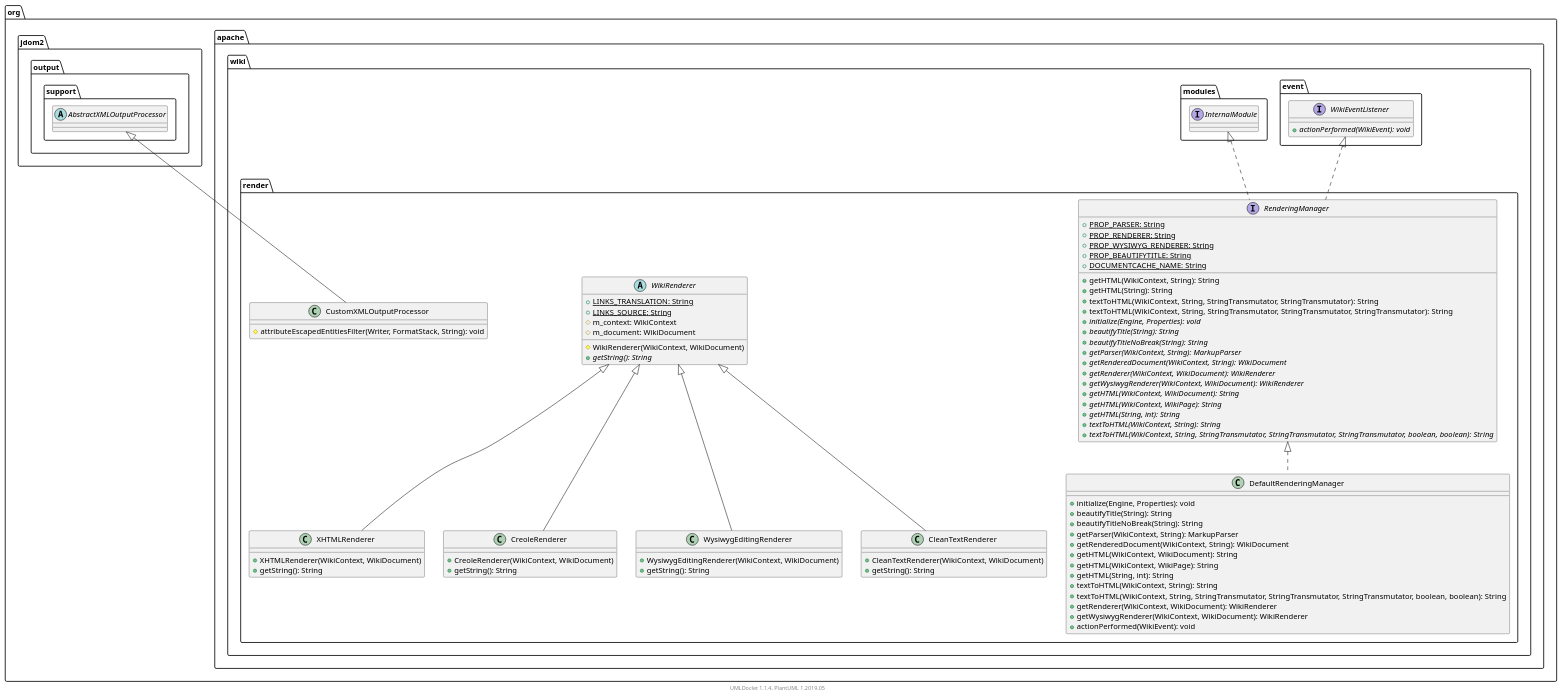
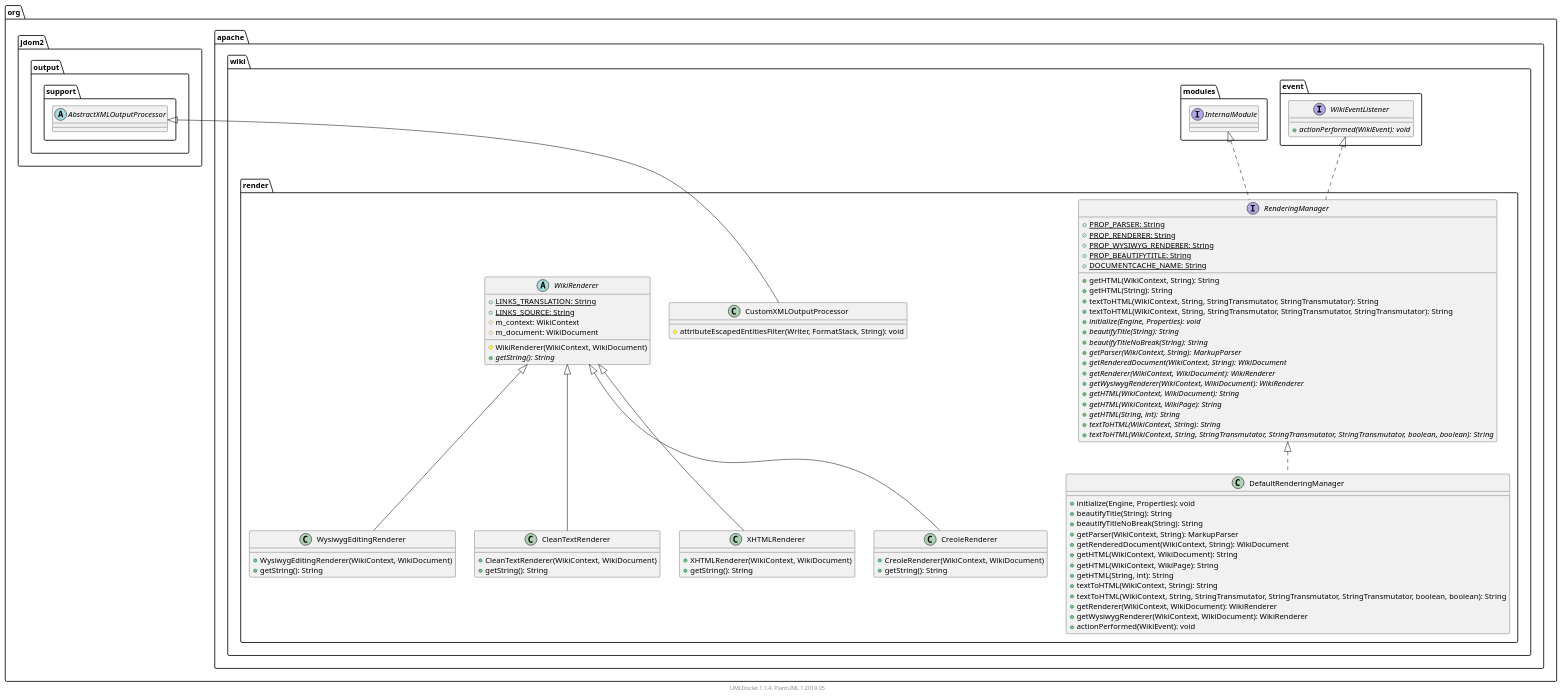
Before and after one commit to apache/jspwiki-site: the diagram in apidocs/2.11.0.M7-SNAPSHOT/org/apache/wiki/render/package.puml, drawn with PlantUML. The commit also changed other lines of this file and 1207 other files, not shown here.

```diff
--- a/apidocs/2.11.0.M7-SNAPSHOT/org/apache/wiki/render/package.puml
+++ b/apidocs/2.11.0.M7-SNAPSHOT/org/apache/wiki/render/package.puml
@@ -1,103 +1,103 @@
 @startuml
 
     namespace org.apache.wiki.render {
+
+        class CreoleRenderer [[CreoleRenderer.html]] {
+            +CreoleRenderer(WikiContext, WikiDocument)
+            +getString(): String
+        }
+
+        class WysiwygEditingRenderer [[WysiwygEditingRenderer.html]] {
+            +WysiwygEditingRenderer(WikiContext, WikiDocument)
+            +getString(): String
+        }
+
+        class CleanTextRenderer [[CleanTextRenderer.html]] {
+            +CleanTextRenderer(WikiContext, WikiDocument)
+            +getString(): String
+        }
 
         class CustomXMLOutputProcessor [[CustomXMLOutputProcessor.html]] {
             #attributeEscapedEntitiesFilter(Writer, FormatStack, String): void
         }
 
         class XHTMLRenderer [[XHTMLRenderer.html]] {
             +XHTMLRenderer(WikiContext, WikiDocument)
             +getString(): String
+        }
+
+        interface RenderingManager [[RenderingManager.html]] {
+            {static} +PROP_PARSER: String
+            {static} +PROP_RENDERER: String
+            {static} +PROP_WYSIWYG_RENDERER: String
+            {static} +PROP_BEAUTIFYTITLE: String
+            {static} +DOCUMENTCACHE_NAME: String
+            +getHTML(WikiContext, String): String
+            +getHTML(String): String
+            +textToHTML(WikiContext, String, StringTransmutator, StringTransmutator): String
+            +textToHTML(WikiContext, String, StringTransmutator, StringTransmutator, StringTransmutator): String
+            {abstract} +initialize(Engine, Properties): void
+            {abstract} +beautifyTitle(String): String
+            {abstract} +beautifyTitleNoBreak(String): String
+            {abstract} +getParser(WikiContext, String): MarkupParser
+            {abstract} +getRenderedDocument(WikiContext, String): WikiDocument
+            {abstract} +getRenderer(WikiContext, WikiDocument): WikiRenderer
+            {abstract} +getWysiwygRenderer(WikiContext, WikiDocument): WikiRenderer
+            {abstract} +getHTML(WikiContext, WikiDocument): String
+            {abstract} +getHTML(WikiContext, WikiPage): String
+            {abstract} +getHTML(String, int): String
+            {abstract} +textToHTML(WikiContext, String): String
+            {abstract} +textToHTML(WikiContext, String, StringTransmutator, StringTransmutator, StringTransmutator, boolean, boolean): String
         }
 
         abstract class WikiRenderer [[WikiRenderer.html]] {
             {static} +LINKS_TRANSLATION: String
             {static} +LINKS_SOURCE: String
             #m_context: WikiContext
             #m_document: WikiDocument
             #WikiRenderer(WikiContext, WikiDocument)
             {abstract} +getString(): String
         }
 
         class DefaultRenderingManager [[DefaultRenderingManager.html]] {
             +initialize(Engine, Properties): void
             +beautifyTitle(String): String
             +beautifyTitleNoBreak(String): String
             +getParser(WikiContext, String): MarkupParser
             +getRenderedDocument(WikiContext, String): WikiDocument
             +getHTML(WikiContext, WikiDocument): String
             +getHTML(WikiContext, WikiPage): String
             +getHTML(String, int): String
             +textToHTML(WikiContext, String): String
             +textToHTML(WikiContext, String, StringTransmutator, StringTransmutator, StringTransmutator, boolean, boolean): String
             +getRenderer(WikiContext, WikiDocument): WikiRenderer
             +getWysiwygRenderer(WikiContext, WikiDocument): WikiRenderer
             +actionPerformed(WikiEvent): void
         }
 
-        interface RenderingManager [[RenderingManager.html]] {
-            {static} +PROP_PARSER: String
-            {static} +PROP_RENDERER: String
-            {static} +PROP_WYSIWYG_RENDERER: String
-            {static} +PROP_BEAUTIFYTITLE: String
-            {static} +DOCUMENTCACHE_NAME: String
-            +getHTML(WikiContext, String): String
-            +getHTML(String): String
-            +textToHTML(WikiContext, String, StringTransmutator, StringTransmutator): String
-            +textToHTML(WikiContext, String, StringTransmutator, StringTransmutator, StringTransmutator): String
-            {abstract} +initialize(Engine, Properties): void
-            {abstract} +beautifyTitle(String): String
-            {abstract} +beautifyTitleNoBreak(String): String
-            {abstract} +getParser(WikiContext, String): MarkupParser
-            {abstract} +getRenderedDocument(WikiContext, String): WikiDocument
-            {abstract} +getRenderer(WikiContext, WikiDocument): WikiRenderer
-            {abstract} +getWysiwygRenderer(WikiContext, WikiDocument): WikiRenderer
-            {abstract} +getHTML(WikiContext, WikiDocument): String
-            {abstract} +getHTML(WikiContext, WikiPage): String
-            {abstract} +getHTML(String, int): String
-            {abstract} +textToHTML(WikiContext, String): String
-            {abstract} +textToHTML(WikiContext, String, StringTransmutator, StringTransmutator, StringTransmutator, boolean, boolean): String
-        }
+        WikiRenderer <|-- CreoleRenderer
 
-        class CreoleRenderer [[CreoleRenderer.html]] {
-            +CreoleRenderer(WikiContext, WikiDocument)
-            +getString(): String
-        }
+        WikiRenderer <|-- WysiwygEditingRenderer
 
-        class WysiwygEditingRenderer [[WysiwygEditingRenderer.html]] {
-            +WysiwygEditingRenderer(WikiContext, WikiDocument)
-            +getString(): String
-        }
-
-        class CleanTextRenderer [[CleanTextRenderer.html]] {
-            +CleanTextRenderer(WikiContext, WikiDocument)
-            +getString(): String
-        }
+        WikiRenderer <|-- CleanTextRenderer
 
         abstract class org.jdom2.output.support.AbstractXMLOutputProcessor
         org.jdom2.output.support.AbstractXMLOutputProcessor <|-- CustomXMLOutputProcessor
 
         WikiRenderer <|-- XHTMLRenderer
-
-        RenderingManager <|.. DefaultRenderingManager
 
         interface org.apache.wiki.event.WikiEventListener {
             {abstract} +actionPerformed(WikiEvent): void
         }
         org.apache.wiki.event.WikiEventListener <|.. RenderingManager
 
         interface org.apache.wiki.modules.InternalModule
         org.apache.wiki.modules.InternalModule <|.. RenderingManager
 
-        WikiRenderer <|-- CreoleRenderer
-
-        WikiRenderer <|-- WysiwygEditingRenderer
-
-        WikiRenderer <|-- CleanTextRenderer
+        RenderingManager <|.. DefaultRenderingManager
 
     }
 
 
     center footer UMLDoclet 1.1.4, PlantUML 1.2019.05
 @enduml
```
